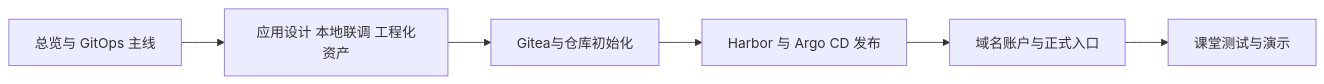
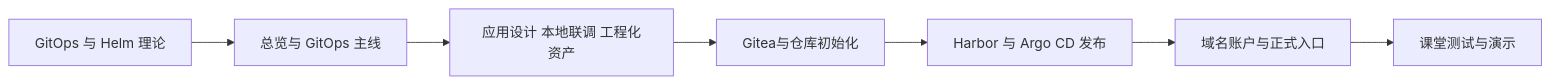
One commit to hwang-protocol/docker_k8s_2026 changed the diagram in k8s/06-gitops-and-automation/docs/01_chapter_guide.md. Above: the diagram before and after it, drawn with Mermaid. The commit also changed other lines of this file and 2 other files, not shown here.

````diff
--- a/k8s/06-gitops-and-automation/docs/01_chapter_guide.md
+++ b/k8s/06-gitops-and-automation/docs/01_chapter_guide.md
@@ -40,15 +20,17 @@
 ```mermaid
 flowchart LR
+  theory[GitOps 与 Helm 理论]
   overview[总览与 GitOps 主线]
   preview[应用设计 本地联调 工程化资产]
   gitea[Gitea与仓库初始化]
   release[Harbor 与 Argo CD 发布]
   entry[域名账户与正式入口]
   demo[课堂测试与演示]
 
+  theory --> overview
   overview --> preview
   preview --> gitea
   gitea --> release
   release --> entry
   entry --> demo
 ```
````
